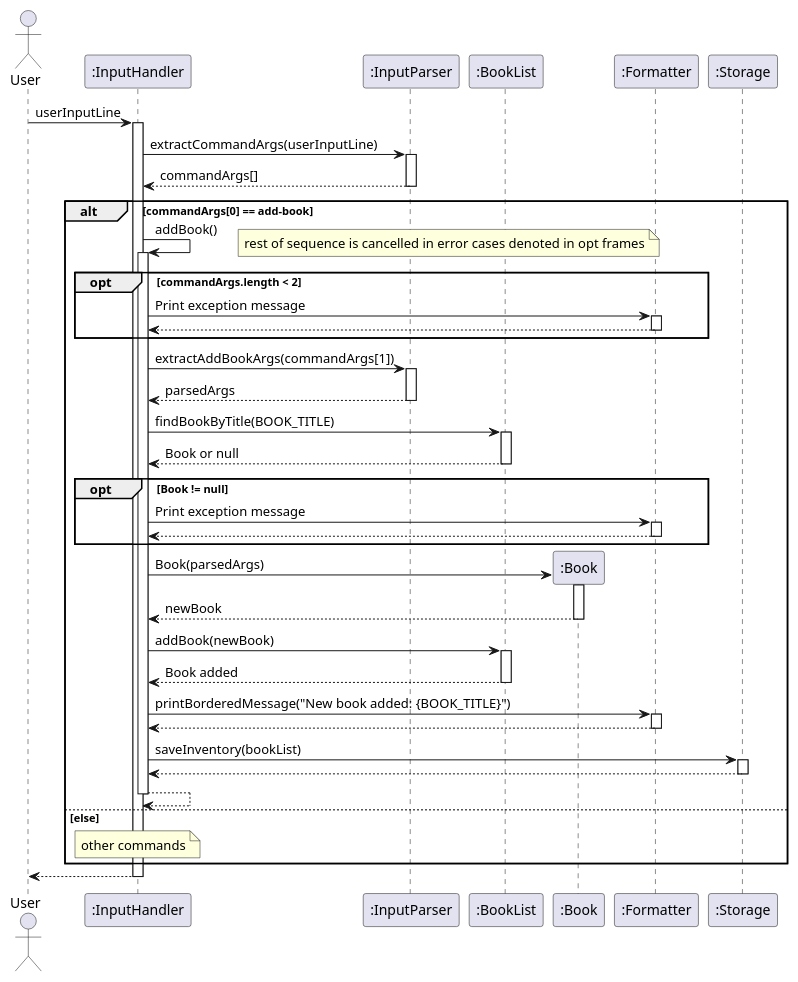
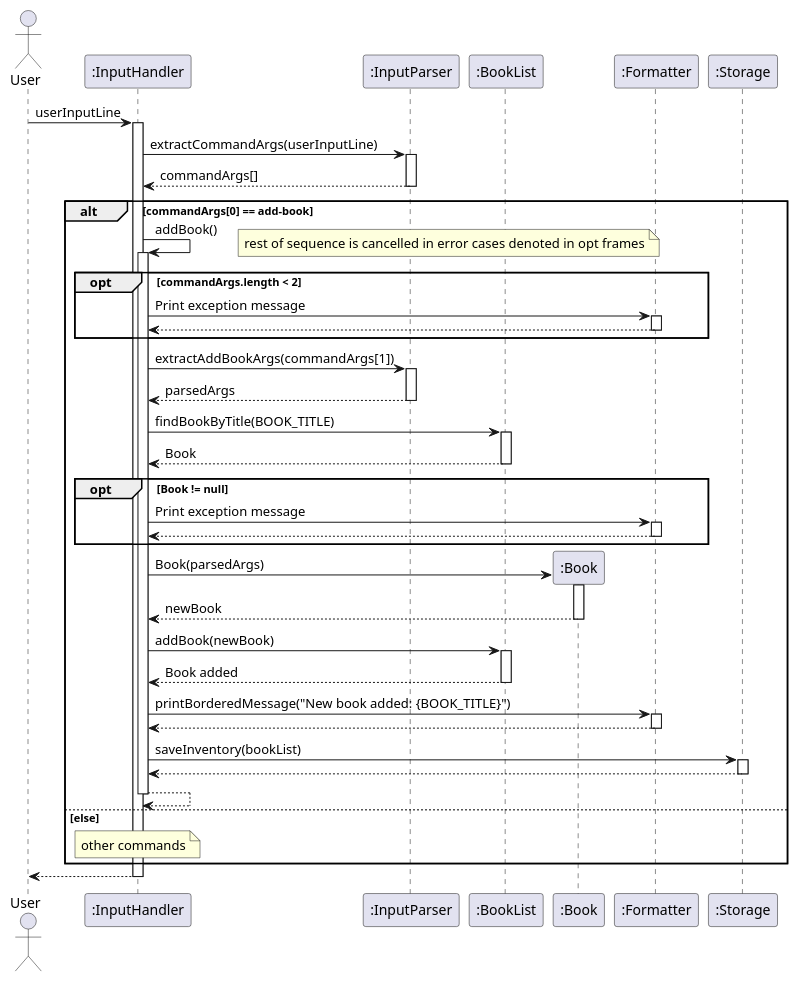
The diagram in docs/diagrams/addBook.puml (AY2425S2-CS2113-T12-2/tp), drawn with PlantUML before and after one commit. The commit also changed 9 other files, not shown here.

Commit message:
sequence diagram edits

```diff
--- a/docs/diagrams/addBook.puml
+++ b/docs/diagrams/addBook.puml
@@ -1,86 +1,86 @@
 @startuml
 actor User
 participant InputHandler as ":InputHandler"
 participant InputParser as ":InputParser"
 participant BookList as ":BookList"
 participant Book as ":Book"
 participant Formatter as ":Formatter"
 participant Storage as ":Storage"
 
 User -> InputHandler: userInputLine
 activate InputHandler
 
 InputHandler -> InputParser: extractCommandArgs(userInputLine)
 activate InputParser
 
 InputParser --> InputHandler: commandArgs[]
 deactivate InputParser
 
 alt commandArgs[0] == add-book
     InputHandler -> InputHandler : addBook()
     activate InputHandler
 
     opt commandArgs.length < 2
         note right
         rest of sequence is cancelled in error cases denoted in opt frames
         end note
         InputHandler -> Formatter: Print exception message
         activate Formatter
         Formatter --> InputHandler
         deactivate Formatter
     end
 
     InputHandler -> InputParser: extractAddBookArgs(commandArgs[1])
     activate InputParser
 
     InputParser --> InputHandler: parsedArgs
     deactivate InputParser
 
     InputHandler -> BookList: findBookByTitle(BOOK_TITLE)
     activate BookList
 
-    BookList --> InputHandler: Book or null
+    BookList --> InputHandler: Book
     deactivate BookList
 
     opt Book != null
         InputHandler -> Formatter: Print exception message
         activate Formatter
         Formatter --> InputHandler
         deactivate Formatter
     end
 
     InputHandler -> Book ** : Book(parsedArgs)
     activate Book
 
     Book --> InputHandler : newBook
     deactivate Book
 
     InputHandler -> BookList: addBook(newBook)
     activate BookList
 
 
     BookList --> InputHandler: Book added
     deactivate BookList
 
     InputHandler -> Formatter: printBorderedMessage("New book added: {BOOK_TITLE}")
     activate Formatter
 
     Formatter --> InputHandler
     deactivate Formatter
 
     InputHandler -> Storage: saveInventory(bookList)
     activate Storage
 
     Storage --> InputHandler
     deactivate Storage
 
 InputHandler --> InputHandler
 deactivate InputHandler
 
 else else
     note over InputHandler : other commands
 end
 
 InputHandler --> User
 deactivate InputHandler
 @enduml
```
